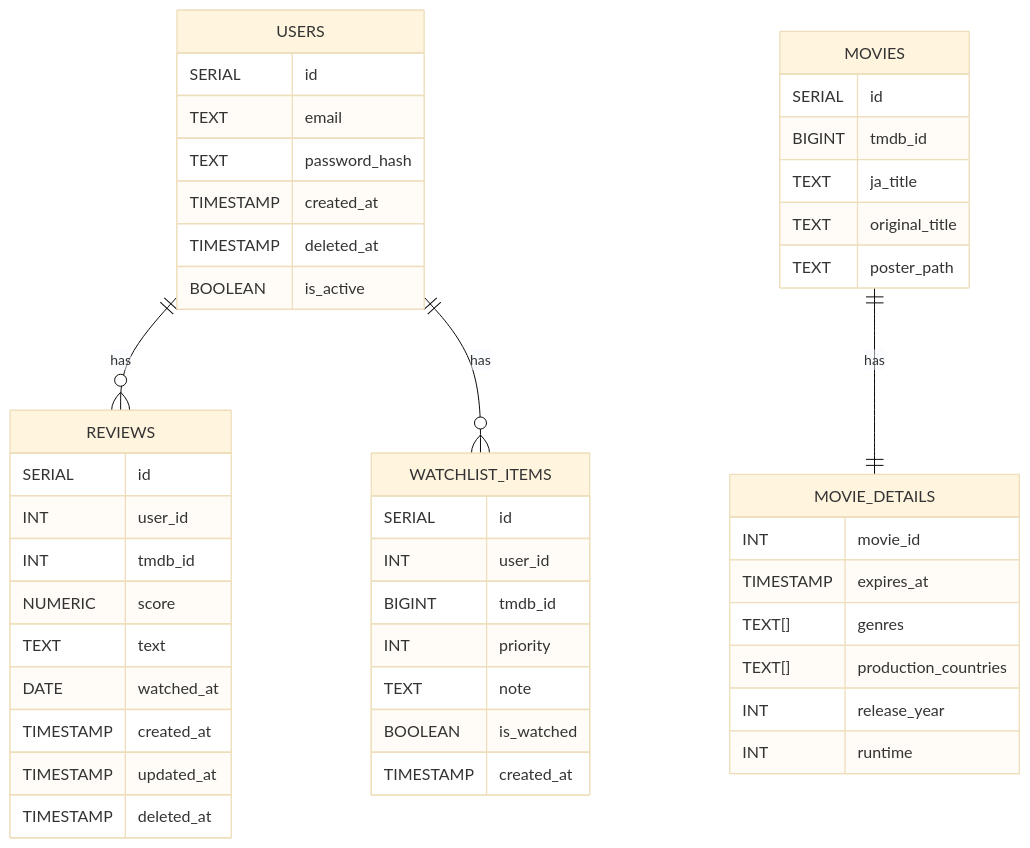
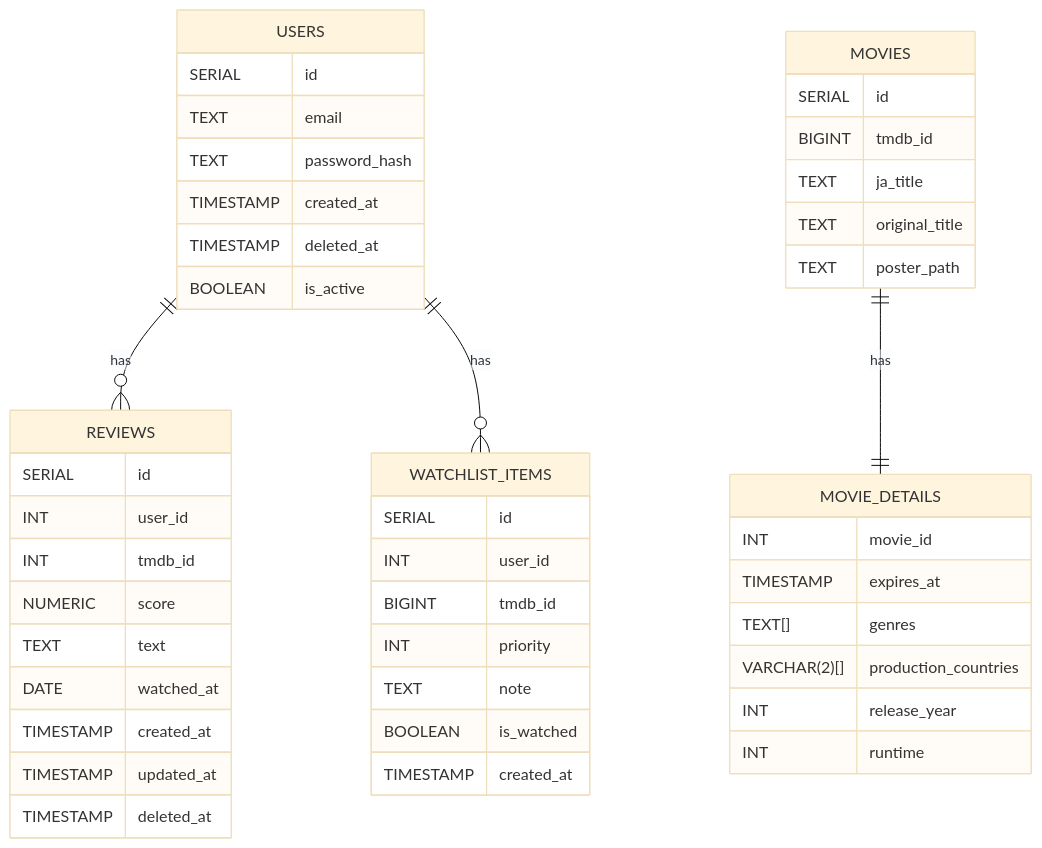
Before and after one commit to kotonekanno/movie-review-log: the diagram in docs/db-design.md, drawn with Mermaid (base theme). The commit also changed other lines of this file and 4 other files, not shown here.

````diff
--- a/docs/db-design.md
+++ b/docs/db-design.md
@@ -13,54 +13,54 @@
 ```mermaid
 erDiagram
     USERS ||--o{ REVIEWS : has
     USERS ||--o{ WATCHLIST_ITEMS : has
     MOVIES ||--|| MOVIE_DETAILS : has
     
     USERS {
         SERIAL id
         TEXT email
         TEXT password_hash
         TIMESTAMP created_at
         TIMESTAMP deleted_at
         BOOLEAN is_active
     }
 
     MOVIES {
         SERIAL id
         BIGINT tmdb_id
         TEXT ja_title
         TEXT original_title
         TEXT poster_path
     }
 
     MOVIE_DETAILS {
         INT movie_id
         TIMESTAMP expires_at
         TEXT[] genres
-        TEXT[] production_countries
+        VARCHAR(2)[] production_countries
         INT release_year
         INT runtime
     }
 
     REVIEWS {
         SERIAL id
         INT user_id
         INT tmdb_id
         NUMERIC score
         TEXT text
         DATE watched_at
         TIMESTAMP created_at
         TIMESTAMP updated_at
         TIMESTAMP deleted_at
     }
 
     WATCHLIST_ITEMS {
         SERIAL id
         INT user_id
         BIGINT tmdb_id
         INT priority
         TEXT note
         BOOLEAN is_watched
         TIMESTAMP created_at
     }
 ```
````
